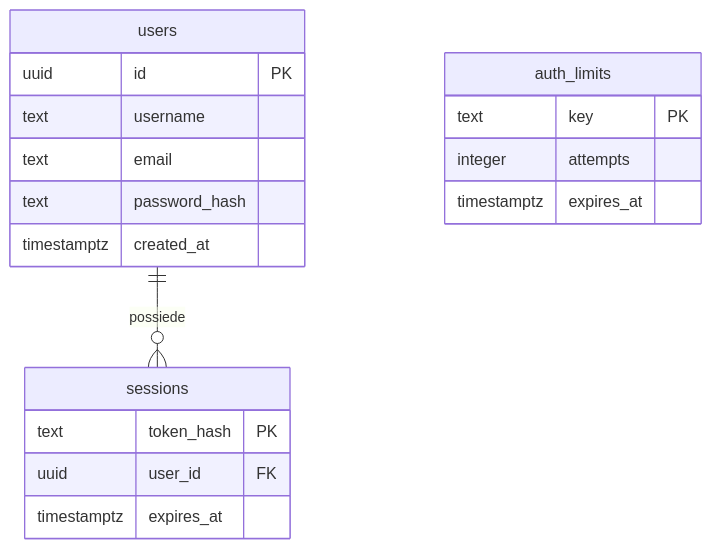
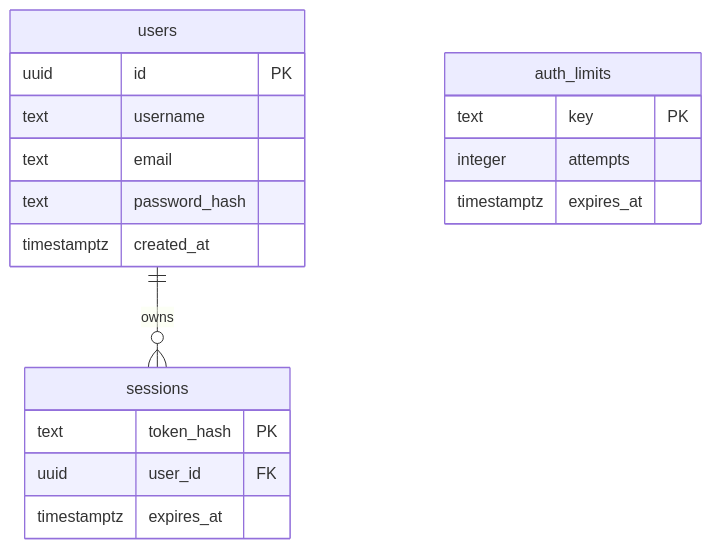
Before and after one commit to NASA-SPACEAPP-2026/Space-Mission-Design-Game: the second of 2 diagrams in documentation/authentication.md, drawn with Mermaid. The commit also changed other lines of this file and 1 other file, not shown here.

````diff
--- a/documentation/authentication.md
+++ b/documentation/authentication.md
@@ -27,21 +29,21 @@
 ```mermaid
 erDiagram
-  users ||--o{ sessions : possiede
+  users ||--o{ sessions : owns
   users {
     uuid id PK
     text username
     text email
     text password_hash
     timestamptz created_at
   }
   sessions {
     text token_hash PK
     uuid user_id FK
     timestamptz expires_at
   }
   auth_limits {
     text key PK
     integer attempts
     timestamptz expires_at
   }
 ```
````
